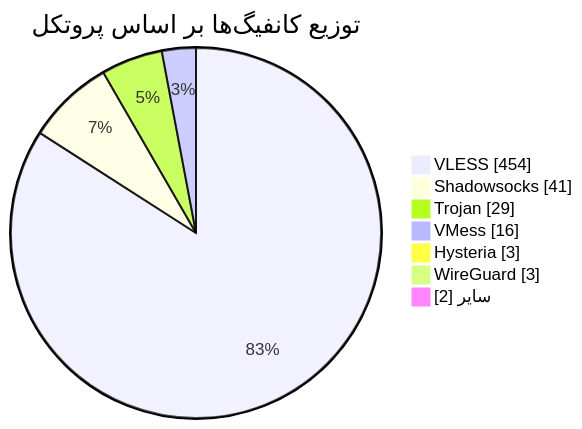
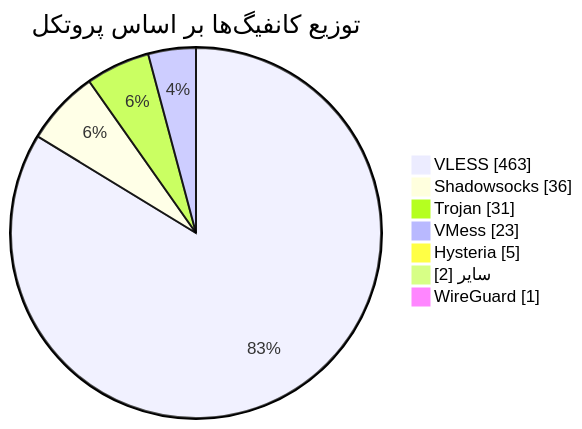
The diagram in README.md (Arian-Alijani/Somthing), drawn with Mermaid before and after one commit. The commit also changed other lines of this file and 89 other files, not shown here.

````diff
--- a/README.md
+++ b/README.md
@@ -49,11 +49,11 @@
 ```mermaid
 pie showData
     title توزیع کانفیگ‌ها بر اساس پروتکل
-    "VLESS" : 454
-    "Shadowsocks" : 41
-    "Trojan" : 29
-    "VMess" : 16
-    "Hysteria" : 3
-    "WireGuard" : 3
+    "VLESS" : 463
+    "Shadowsocks" : 36
+    "Trojan" : 31
+    "VMess" : 23
+    "Hysteria" : 5
     "سایر" : 2
+    "WireGuard" : 1
 ```
````
